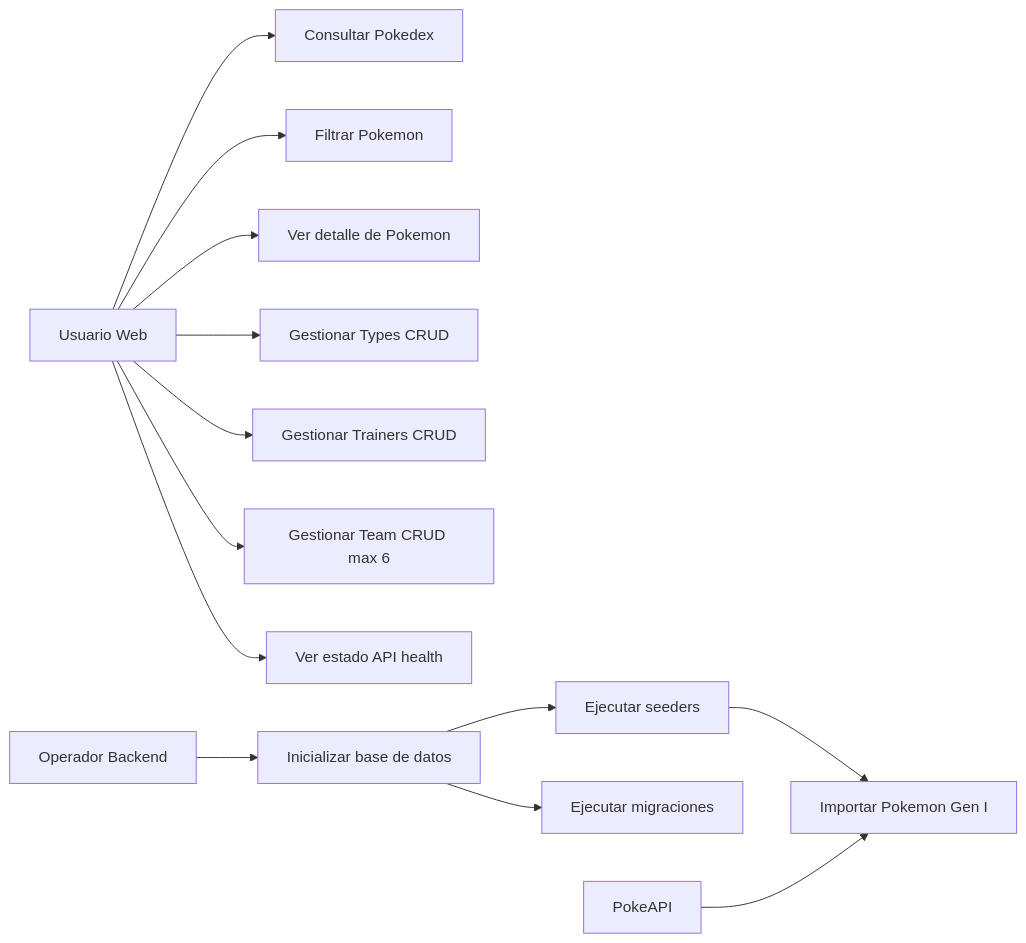
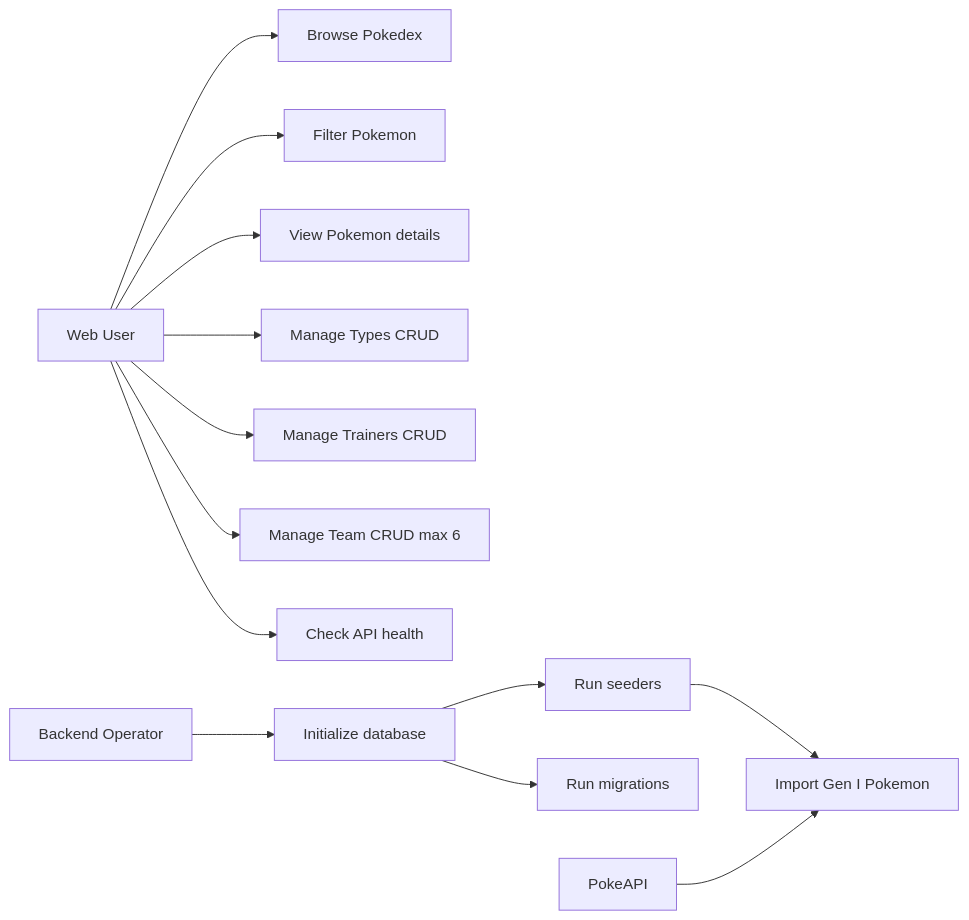
One commit to LXLLXVX/poke-dex changed the first of 3 diagrams in README.md. Above: the diagram before and after it, drawn with Mermaid. The commit also changed other lines of this file, not shown here.

````diff
--- a/README.md
+++ b/README.md
@@ -214,32 +214,32 @@
 ```mermaid
 flowchart LR
-      User[Usuario Web]
-      Admin[Operador Backend]
+      User[Web User]
+      Admin[Backend Operator]
       PokeApi[PokeAPI]
 
-      UC_LIST[Consultar Pokedex]
-      UC_FILTER[Filtrar Pokemon]
-      UC_DETAIL[Ver detalle de Pokemon]
-      UC_TYPES[Gestionar Types CRUD]
-      UC_TRAINERS[Gestionar Trainers CRUD]
-      UC_TEAM[Gestionar Team CRUD max 6]
-      UC_HEALTH[Ver estado API health]
-      UC_BOOT[Inicializar base de datos]
-      UC_MIG[Ejecutar migraciones]
-      UC_SEED[Ejecutar seeders]
-      UC_IMPORT[Importar Pokemon Gen I]
+      UC_LIST[Browse Pokedex]
+      UC_FILTER[Filter Pokemon]
+      UC_DETAIL[View Pokemon details]
+      UC_TYPES[Manage Types CRUD]
+      UC_TRAINERS[Manage Trainers CRUD]
+      UC_TEAM[Manage Team CRUD max 6]
+      UC_HEALTH[Check API health]
+      UC_BOOT[Initialize database]
+      UC_MIG[Run migrations]
+      UC_SEED[Run seeders]
+      UC_IMPORT[Import Gen I Pokemon]
 
       User --> UC_LIST
       User --> UC_FILTER
       User --> UC_DETAIL
       User --> UC_TYPES
       User --> UC_TRAINERS
       User --> UC_TEAM
       User --> UC_HEALTH
 
       Admin --> UC_BOOT
       UC_BOOT --> UC_MIG
       UC_BOOT --> UC_SEED
       UC_SEED --> UC_IMPORT
       PokeApi --> UC_IMPORT
 ```
````
